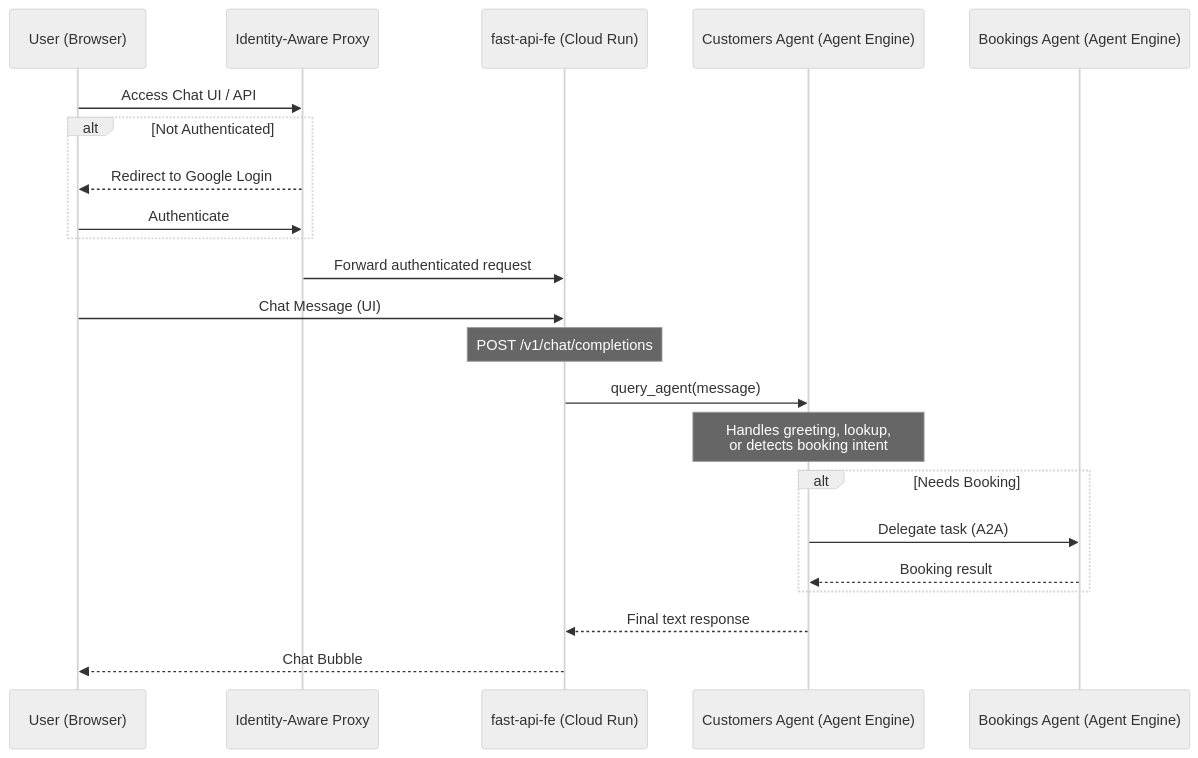
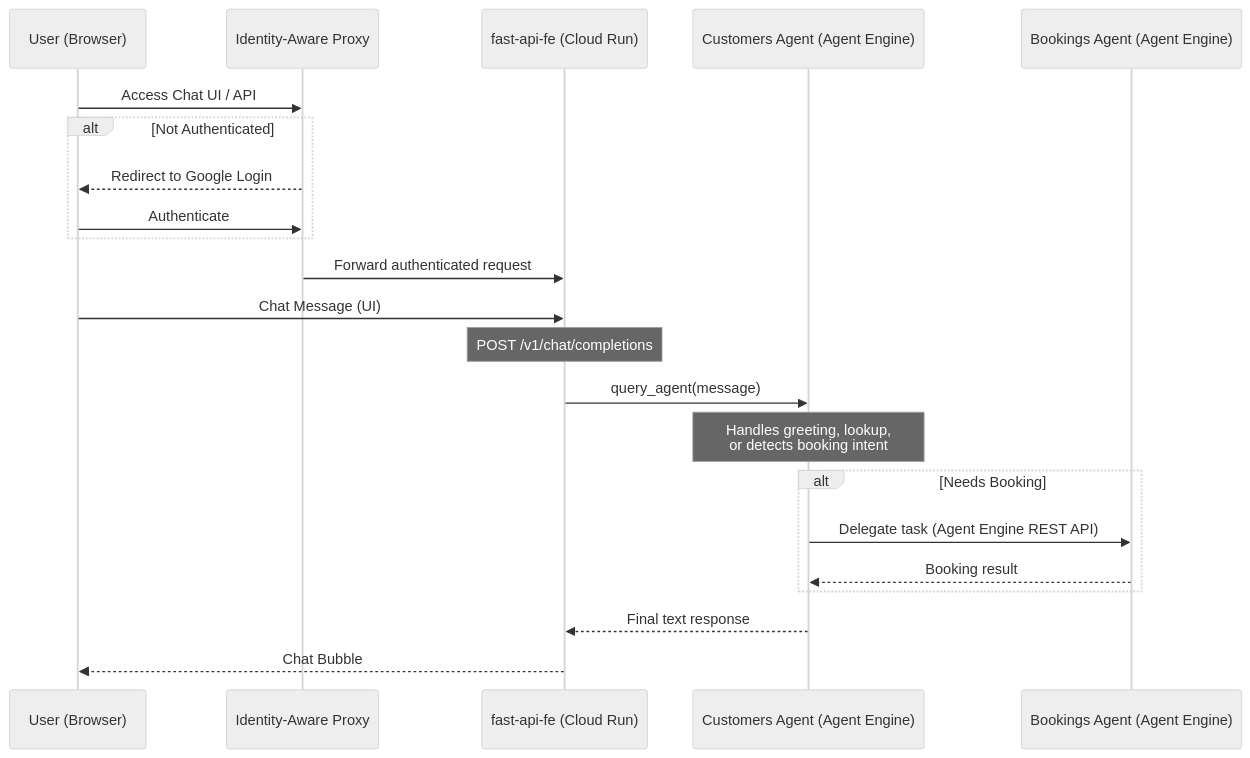
The diagram in fast-api-fe/README.md (ypenn21/customer-booking-agent), drawn with Mermaid (neutral theme) before and after one commit. The commit also changed 1 other file, not shown here.

Commit message:
update mermaid diagram

````diff
--- a/fast-api-fe/README.md
+++ b/fast-api-fe/README.md
@@ -15,28 +15,28 @@
 ```mermaid
 sequenceDiagram
     participant User as User (Browser)
     participant IAP as Identity-Aware Proxy
     participant FastAPI as fast-api-fe (Cloud Run)
     participant CustomersAgent as Customers Agent (Agent Engine)
     participant BookingsAgent as Bookings Agent (Agent Engine)
 
     User->>IAP: Access Chat UI / API
     alt Not Authenticated
         IAP-->>User: Redirect to Google Login
         User->>IAP: Authenticate
     end
     IAP->>FastAPI: Forward authenticated request
 
     User->>FastAPI: Chat Message (UI)
     Note over FastAPI: POST /v1/chat/completions
     FastAPI->>CustomersAgent: query_agent(message)
     Note over CustomersAgent: Handles greeting, lookup,<br/>or detects booking intent
 
     alt Needs Booking
-        CustomersAgent->>BookingsAgent: Delegate task (A2A)
+        CustomersAgent->>BookingsAgent: Delegate task (Agent Engine REST API)
         BookingsAgent-->>CustomersAgent: Booking result
     end
 
     CustomersAgent-->>FastAPI: Final text response
     FastAPI-->>User: Chat Bubble
 ```
````
